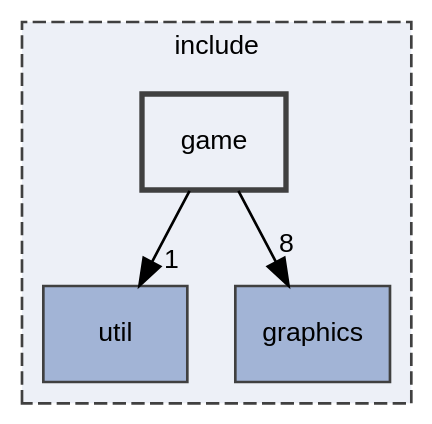
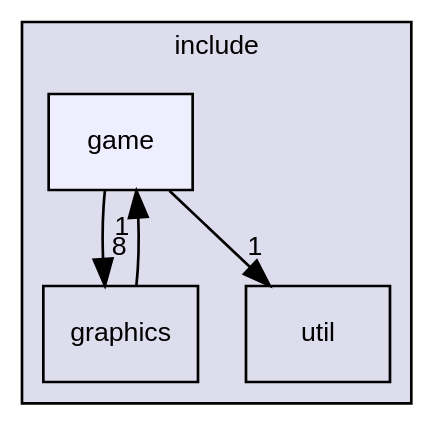
The diagram in dir_f307a46daed1218fee22380d1eacedba_dep.dot (iliaskap12/chess), drawn with Graphviz before and after one commit. The commit also changed 428 other files, not shown here.

```diff
--- a/dir_f307a46daed1218fee22380d1eacedba_dep.dot
+++ b/dir_f307a46daed1218fee22380d1eacedba_dep.dot
@@ -1,16 +1,15 @@
-digraph "/Users/runner/work/chess/chess/include/game"
-{
- // LATEX_PDF_SIZE
-  bgcolor="transparent";
-  edge [fontname="Helvetica",fontsize="10",labelfontname="Helvetica",labelfontsize="10"];
-  node [fontname="Helvetica",fontsize="10",shape=record];
+digraph "/Users/runner/work/chess/chess/include/game" {
+  bgcolor=transparent;
   compound=true
+  node [ fontsize="10", fontname="Helvetica"];
+  edge [ labelfontsize="10", labelfontname="Helvetica"];
   subgraph clusterdir_d44c64559bbebec7f509842c48db8b23 {
-    graph [ bgcolor="#edf0f7", pencolor="grey25", style="filled,dashed,", label="include", fontname="Helvetica", fontsize="10", URL="dir_d44c64559bbebec7f509842c48db8b23.html"]
-  dir_586ad3c2f85d776b984733890d824e3e [shape=box, label="util", style="filled,", fillcolor="#a2b4d6", color="grey25", URL="dir_586ad3c2f85d776b984733890d824e3e.html"];
-  dir_c17ed8a99c2aafc6034c524ffcf900dc [shape=box, label="graphics", style="filled,", fillcolor="#a2b4d6", color="grey25", URL="dir_c17ed8a99c2aafc6034c524ffcf900dc.html"];
-  dir_f307a46daed1218fee22380d1eacedba [shape=box, label="game", style="filled,bold,", fillcolor="#edf0f7", color="grey25", URL="dir_f307a46daed1218fee22380d1eacedba.html"];
+    graph [ bgcolor="#ddddee", pencolor="black", label="include" fontname="Helvetica", fontsize="10", URL="dir_d44c64559bbebec7f509842c48db8b23.html"]
+  dir_586ad3c2f85d776b984733890d824e3e [shape=box label="util" URL="dir_586ad3c2f85d776b984733890d824e3e.html"];
+  dir_c17ed8a99c2aafc6034c524ffcf900dc [shape=box label="graphics" URL="dir_c17ed8a99c2aafc6034c524ffcf900dc.html"];
+  dir_f307a46daed1218fee22380d1eacedba [shape=box, label="game", style="filled", fillcolor="#eeeeff", pencolor="black", URL="dir_f307a46daed1218fee22380d1eacedba.html"];
   }
-  dir_f307a46daed1218fee22380d1eacedba->dir_586ad3c2f85d776b984733890d824e3e [headlabel="1", labeldistance=1.5 headhref="dir_000000_000010.html"];
-  dir_f307a46daed1218fee22380d1eacedba->dir_c17ed8a99c2aafc6034c524ffcf900dc [headlabel="8", labeldistance=1.5 headhref="dir_000000_000002.html"];
+  dir_c17ed8a99c2aafc6034c524ffcf900dc->dir_f307a46daed1218fee22380d1eacedba [headlabel="1", labeldistance=1.5 headhref="dir_000002_000001.html"];
+  dir_f307a46daed1218fee22380d1eacedba->dir_586ad3c2f85d776b984733890d824e3e [headlabel="1", labeldistance=1.5 headhref="dir_000001_000005.html"];
+  dir_f307a46daed1218fee22380d1eacedba->dir_c17ed8a99c2aafc6034c524ffcf900dc [headlabel="8", labeldistance=1.5 headhref="dir_000001_000002.html"];
 }
```
